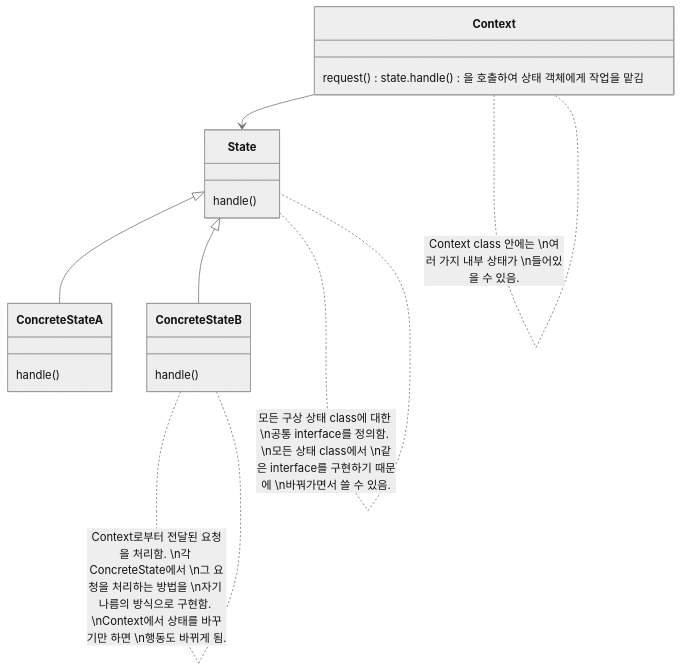
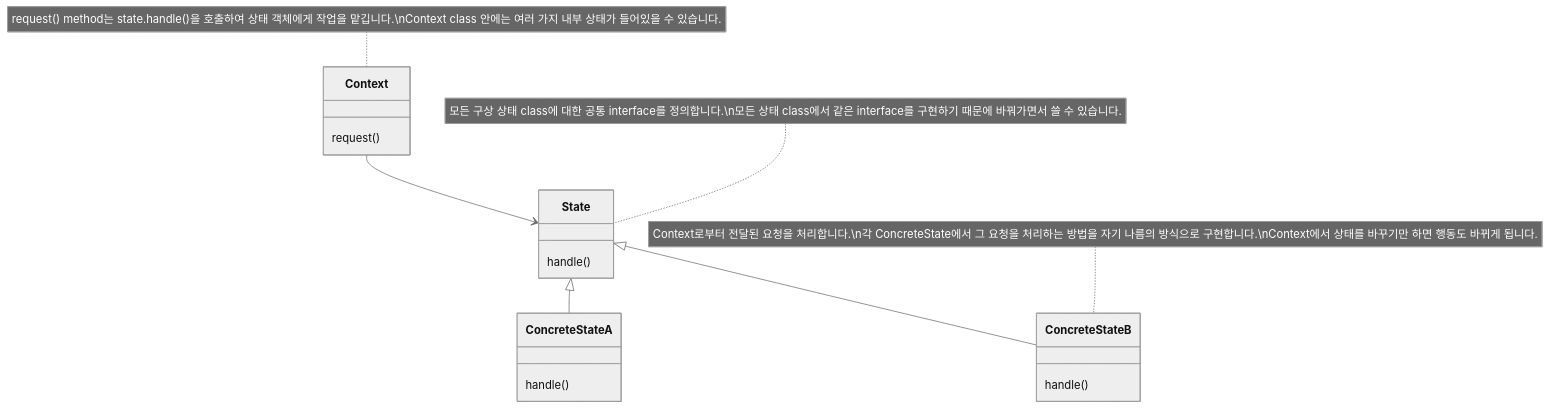
The first of 3 diagrams in _notes/design-pattern/state-pattern.md (choesimin/choesimin.github.io), drawn with Mermaid (neutral theme) before and after one commit. The commit also changed other lines of this file and 2 other files, not shown here.

````diff
--- a/_notes/design-pattern/state-pattern.md
+++ b/_notes/design-pattern/state-pattern.md
@@ -42,27 +56,27 @@
 ```mermaid
 classDiagram
 
 class Context {
-    request() : state.handle()을 호출하여 상태 객체에게 작업을 맡김
+    request()
 }
 
 class State {
     handle()
 }
 
 class ConcreteStateA {
     handle()
 }
 
 class ConcreteStateB {
     handle()
 }
 
 Context --> State
 State <|-- ConcreteStateA
 State <|-- ConcreteStateB
 
-Context .. Context : Context class 안에는 \n여러 가지 내부 상태가 \n들어있을 수 있음.
-State .. State : 모든 구상 상태 class에 대한 \n공통 interface를 정의함. \n모든 상태 class에서 \n같은 interface를 구현하기 때문에 \n바꿔가면서 쓸 수 있음.
-ConcreteStateB .. ConcreteStateB : Context로부터 전달된 요청을 처리함. \n각 ConcreteState에서 \n그 요청을 처리하는 방법을 \n자기 나름의 방식으로 구현함. \nContext에서 상태를 바꾸기만 하면 \n행동도 바뀌게 됨.
+note for Context "request() method는 state.handle()을 호출하여 상태 객체에게 작업을 맡깁니다.\nContext class 안에는 여러 가지 내부 상태가 들어있을 수 있습니다."
+note for State "모든 구상 상태 class에 대한 공통 interface를 정의합니다.\n모든 상태 class에서 같은 interface를 구현하기 때문에 바꿔가면서 쓸 수 있습니다."
+note for ConcreteStateB "Context로부터 전달된 요청을 처리합니다.\n각 ConcreteState에서 그 요청을 처리하는 방법을 자기 나름의 방식으로 구현합니다.\nContext에서 상태를 바꾸기만 하면 행동도 바뀌게 됩니다."
 ```
````
